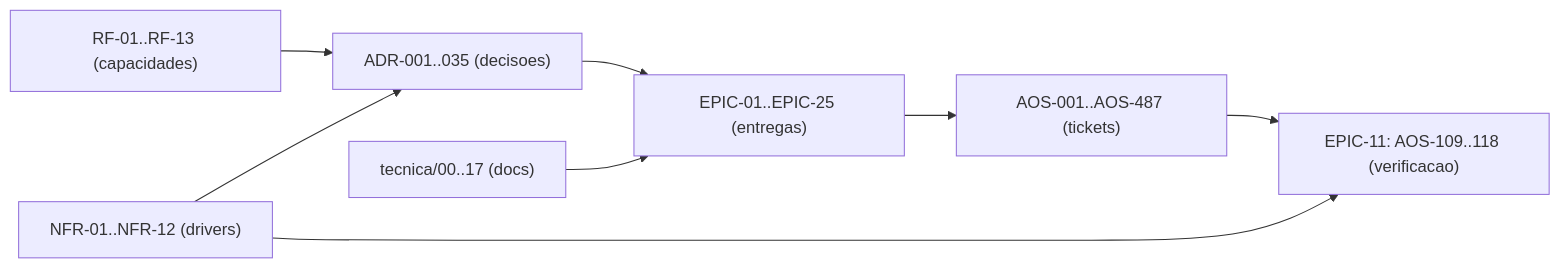
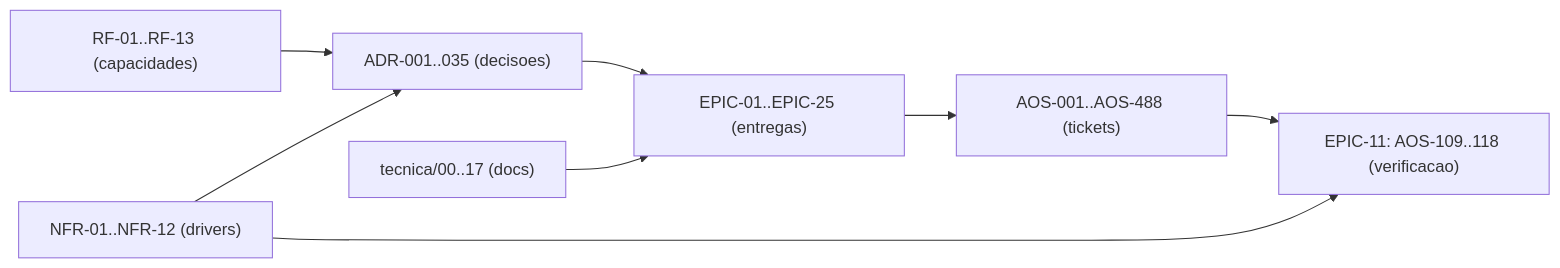
Before and after one commit to albinoJimy/aos: the diagram in tecnica/16_Rastreabilidade_RTM.md, drawn with Mermaid. The commit also changed other lines of this file, not shown here.

Commit message:
docs(AOS-488): regenera a RTM com o ticket AOS-488

````diff
--- a/tecnica/16_Rastreabilidade_RTM.md
+++ b/tecnica/16_Rastreabilidade_RTM.md
@@ -202,10 +202,10 @@
 ```mermaid
 flowchart LR
     RF["RF-01..RF-13 (capacidades)"] --> ADR["ADR-001..035 (decisoes)"]
     NFR["NFR-01..NFR-12 (drivers)"] --> ADR
     ADR --> EPIC["EPIC-01..EPIC-25 (entregas)"]
-    EPIC --> TICK["AOS-001..AOS-487 (tickets)"]
+    EPIC --> TICK["AOS-001..AOS-488 (tickets)"]
     DOC["tecnica/00..17 (docs)"] --> EPIC
     TICK --> TEST["EPIC-11: AOS-109..118 (verificacao)"]
     NFR --> TEST
 ```
````
